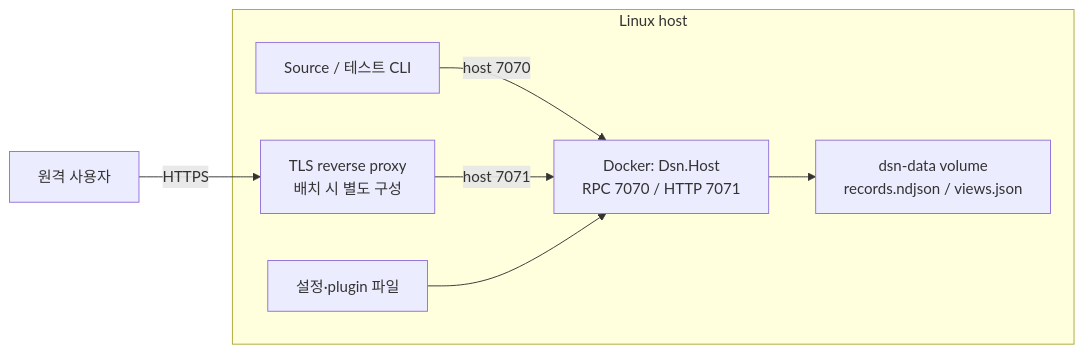
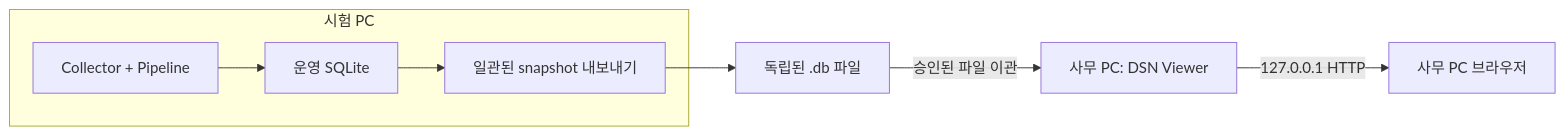
The fourth of 4 diagrams in docs/04-top-level-design.md (south-hive/project-dsn), drawn with Mermaid before and after one commit. The commit also changed other lines of this file and 69 other files, not shown here.

Commit message:
Release local DSN pipelines, SQLite persistence, app SDKs and Presenter

````diff
--- a/docs/04-top-level-design.md
+++ b/docs/04-top-level-design.md
@@ -99,10 +92,10 @@
 ```mermaid
 flowchart LR
-    U["원격 사용자"] -->|"HTTPS"| T["TLS reverse proxy<br/>배치 시 별도 구성"]
-    subgraph H["Linux host"]
-        S["Source / 테스트 CLI"] -->|"host 7070"| D["Docker: Dsn.Host<br/>RPC 7070 / HTTP 7071"]
-        T -->|"host 7071"| D
-        D --> F["dsn-data volume<br/>records.ndjson / views.json"]
-        C["설정·plugin 파일"] --> D
+    subgraph T["시험 PC"]
+        C["Collector + Pipeline"] --> DB["운영 SQLite"]
+        DB --> E["일관된 snapshot 내보내기"]
     end
+    E --> F["독립된 .db 파일"]
+    F -->|"승인된 파일 이관"| R["사무 PC: DSN Viewer"]
+    R -->|"127.0.0.1 HTTP"| B["사무 PC 브라우저"]
 ```
````
